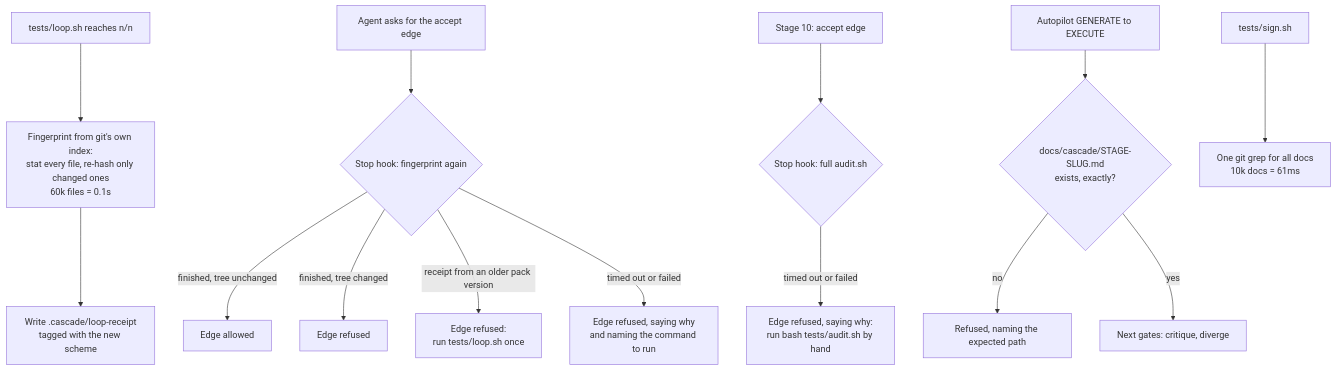
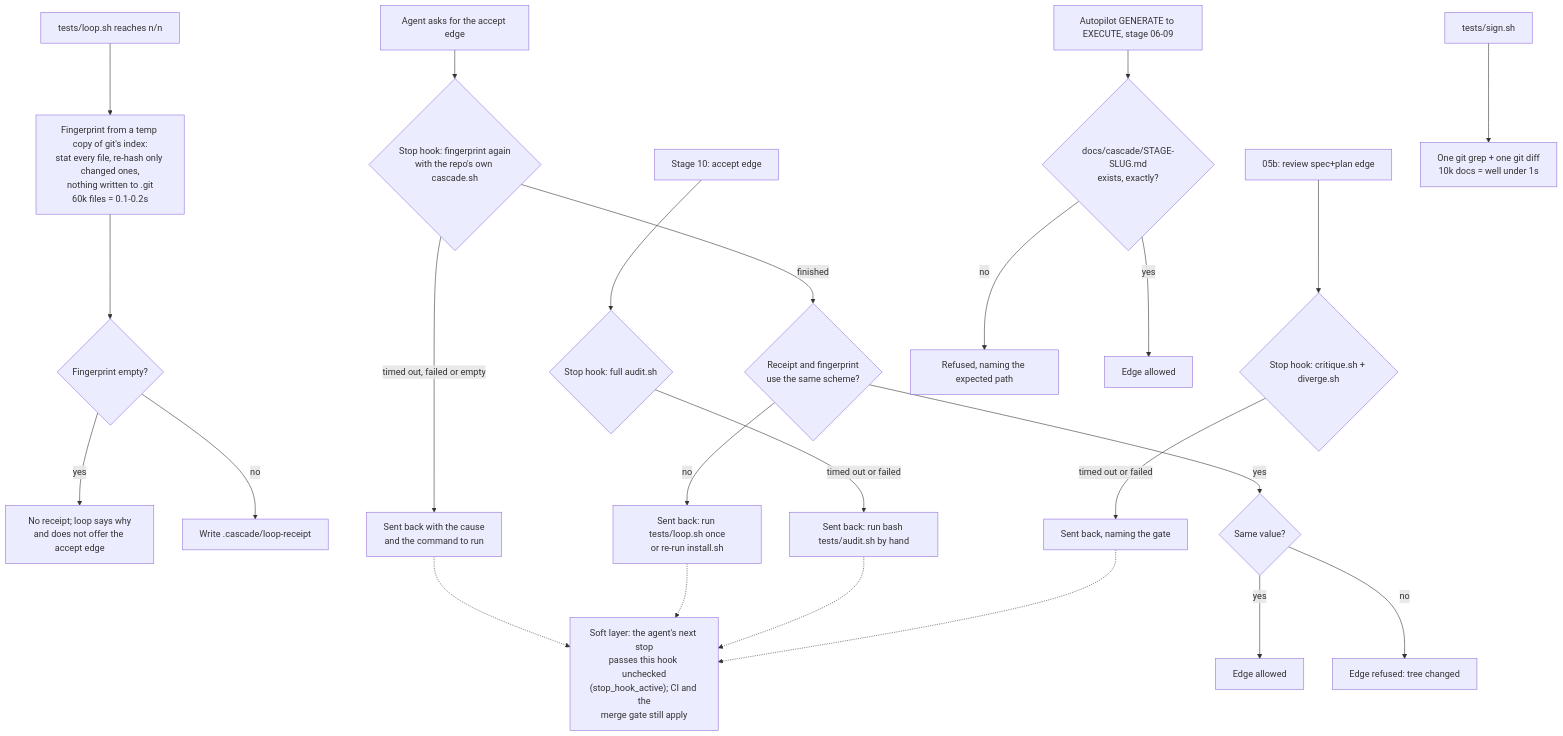
Before and after one commit to kadaluarsa/barbaric-driven-development: the second of 2 diagrams in docs/cascade/05b-t59-scale-hardening.md, drawn with Mermaid. The commit also changed other lines of this file and 1 other file, not shown here.

First line of the commit message:
GENERATE 05b t59-scale-hardening: answer all 10 critic findings — scheme check for plugin mode, flag-proof and write-free fingerprint, third fail-open, two-process sign scan

````diff
--- a/docs/cascade/05b-t59-scale-hardening.md
+++ b/docs/cascade/05b-t59-scale-hardening.md
@@ -72,16 +78,23 @@
 ```mermaid
 flowchart TD
-    L["tests/loop.sh reaches n/n"] --> F2["Fingerprint from git's own index:<br/>stat every file, re-hash only changed ones<br/>60k files = 0.1s"]
-    F2 --> R2["Write .cascade/loop-receipt<br/>tagged with the new scheme"]
-    A["Agent asks for the accept edge"] --> S3{"Stop hook: fingerprint again"}
-    S3 -- "finished, tree unchanged" --> OK2["Edge allowed"]
-    S3 -- "finished, tree changed" --> NO2["Edge refused"]
-    S3 -- "receipt from an older pack version" --> NO3["Edge refused:<br/>run tests/loop.sh once"]
-    S3 -- "timed out or failed" --> NO4["Edge refused, saying why<br/>and naming the command to run"]
+    L["tests/loop.sh reaches n/n"] --> F2["Fingerprint from a temp copy of git's index:<br/>stat every file, re-hash only changed ones,<br/>nothing written to .git<br/>60k files = 0.1-0.2s"]
+    F2 --> FE{"Fingerprint empty?"}
+    FE -- yes --> NR["No receipt; loop says why<br/>and does not offer the accept edge"]
+    FE -- no --> R2["Write .cascade/loop-receipt"]
+    A["Agent asks for the accept edge"] --> S3{"Stop hook: fingerprint again<br/>with the repo's own cascade.sh"}
+    S3 -- "timed out, failed or empty" --> NO4["Sent back with the cause<br/>and the command to run"]
+    S3 -- "finished" --> SCH{"Receipt and fingerprint<br/>use the same scheme?"}
+    SCH -- no --> NO3["Sent back: run tests/loop.sh once<br/>or re-run install.sh"]
+    SCH -- yes --> CMP{"Same value?"}
+    CMP -- yes --> OK2["Edge allowed"]
+    CMP -- no --> NO2["Edge refused: tree changed"]
     T["Stage 10: accept edge"] --> S4{"Stop hook: full audit.sh"}
-    S4 -- "timed out or failed" --> NO5["Edge refused, saying why:<br/>run bash tests/audit.sh by hand"]
-    G["Autopilot GENERATE to EXECUTE"] --> SP2{"docs/cascade/STAGE-SLUG.md<br/>exists, exactly?"}
+    S4 -- "timed out or failed" --> NO5["Sent back: run bash tests/audit.sh by hand"]
+    SPE["05b: review spec+plan edge"] --> S6{"Stop hook: critique.sh + diverge.sh"}
+    S6 -- "timed out or failed" --> NO7["Sent back, naming the gate"]
+    NO4 & NO3 & NO5 & NO7 -.-> RETRY["Soft layer: the agent's next stop<br/>passes this hook unchecked<br/>(stop_hook_active); CI and the<br/>merge gate still apply"]
+    G["Autopilot GENERATE to EXECUTE, stage 06-09"] --> SP2{"docs/cascade/STAGE-SLUG.md<br/>exists, exactly?"}
     SP2 -- no --> NO6["Refused, naming the expected path"]
-    SP2 -- yes --> OK3["Next gates: critique, diverge"]
-    SG["tests/sign.sh"] --> SC2["One git grep for all docs<br/>10k docs = 61ms"]
+    SP2 -- yes --> OK3["Edge allowed"]
+    SG["tests/sign.sh"] --> SC2["One git grep + one git diff<br/>10k docs = well under 1s"]
 ```
````
